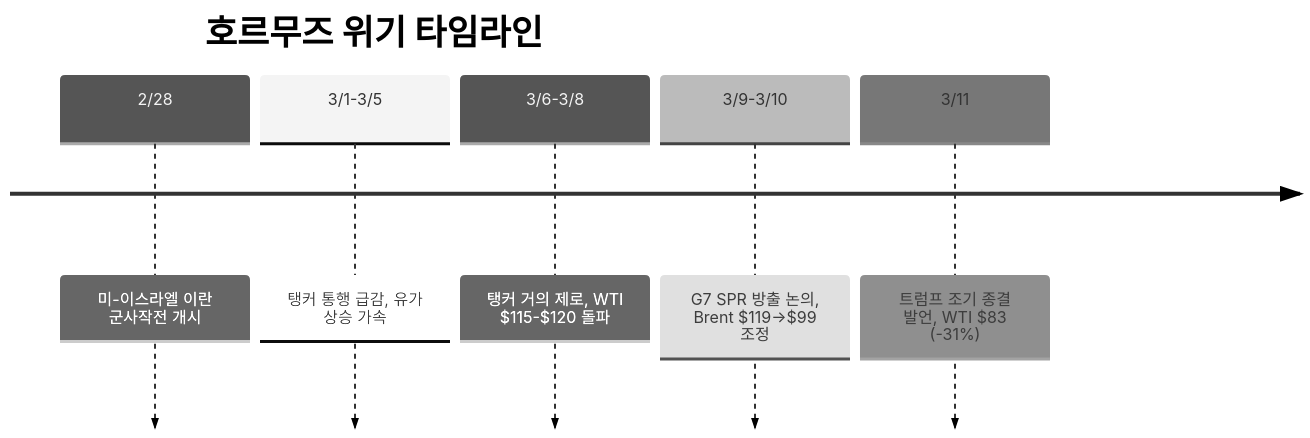
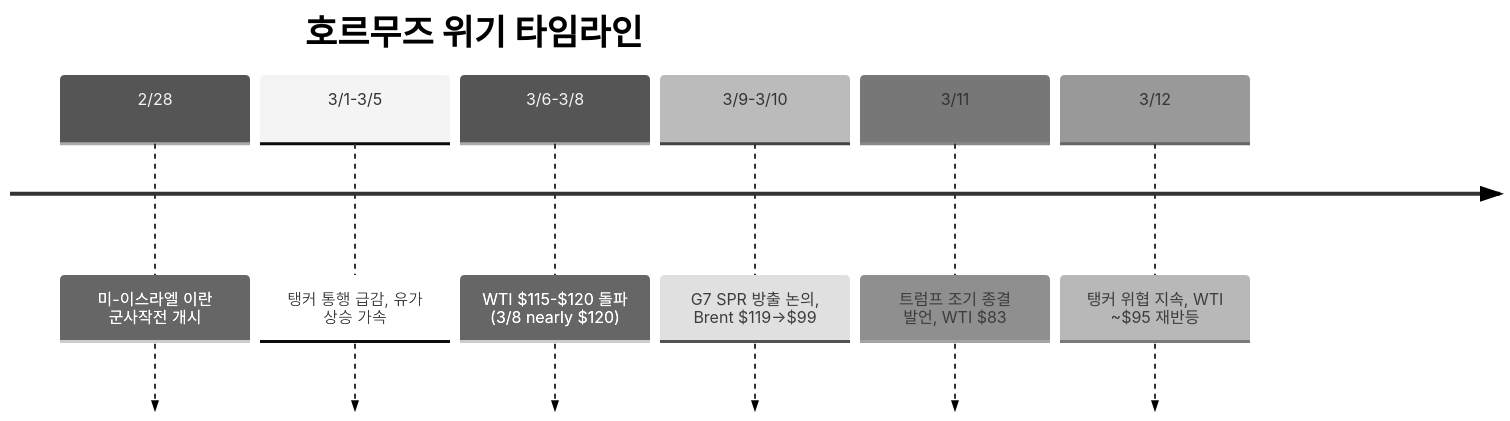
Before and after one commit to dss99911/dss99911.github.io: the second of 11 diagrams in _posts/knowledge/invest/2026-03-07-energy-sector-outlook-2026.md, drawn with Mermaid (neutral theme). The commit also changed other lines of this file and 4 other files, not shown here.

First line of the commit message:
투자 전망 데일리 업데이트 (3/12): GTC D-4 Groq LPU, WTI $95 재반등, SpaceX IPO

````diff
--- a/_posts/knowledge/invest/2026-03-07-energy-sector-outlook-2026.md
+++ b/_posts/knowledge/invest/2026-03-07-energy-sector-outlook-2026.md
@@ -79,9 +86,10 @@
 ```mermaid
 timeline
     title 호르무즈 위기 타임라인
     2/28 : 미-이스라엘 이란 군사작전 개시
     3/1-3/5 : 탱커 통행 급감, 유가 상승 가속
-    3/6-3/8 : 탱커 거의 제로, WTI $115-$120 돌파
-    3/9-3/10 : G7 SPR 방출 논의, Brent $119→$99 조정
-    3/11 : 트럼프 조기 종결 발언, WTI $83 (-31%)
+    3/6-3/8 : WTI $115-$120 돌파 (3/8 nearly $120)
+    3/9-3/10 : G7 SPR 방출 논의, Brent $119→$99
+    3/11 : 트럼프 조기 종결 발언, WTI $83
+    3/12 : 탱커 위협 지속, WTI ~$95 재반등
 ```
````
